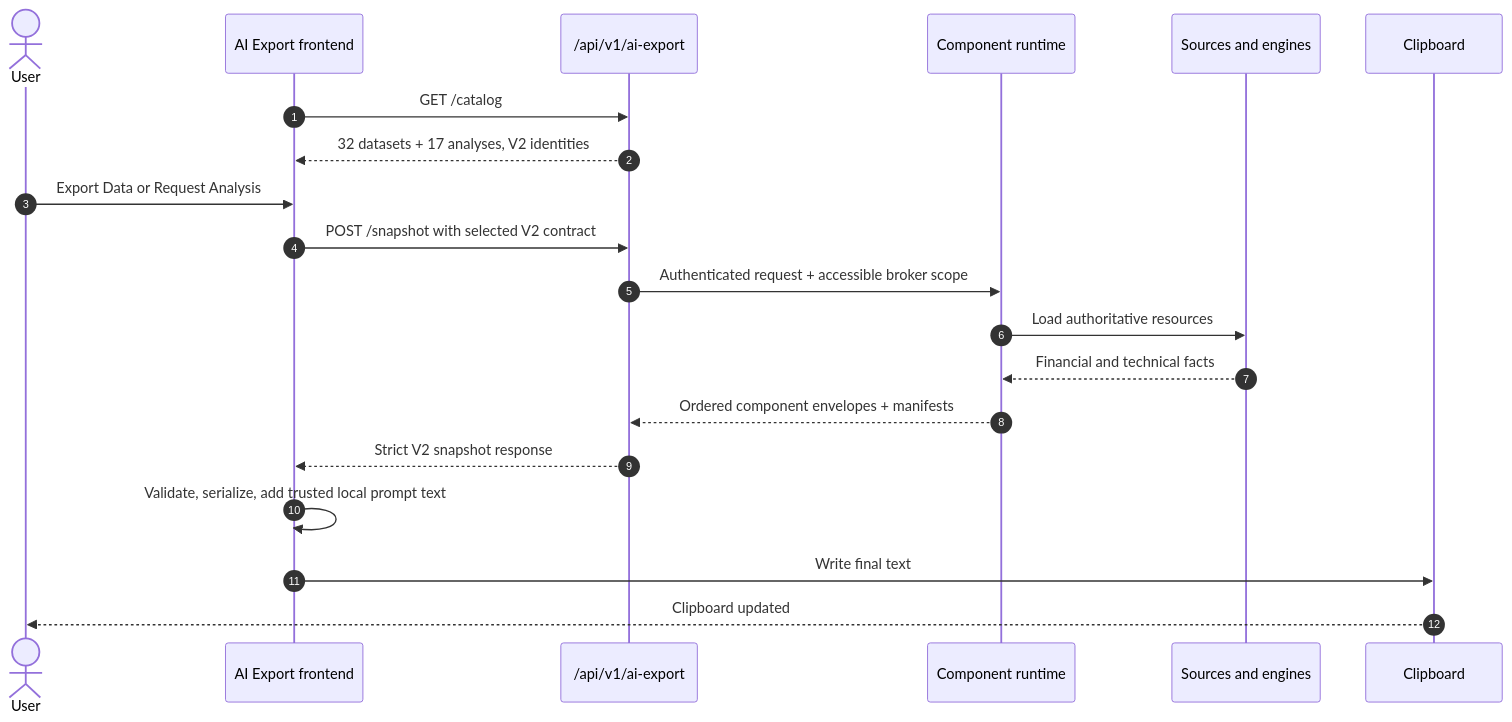
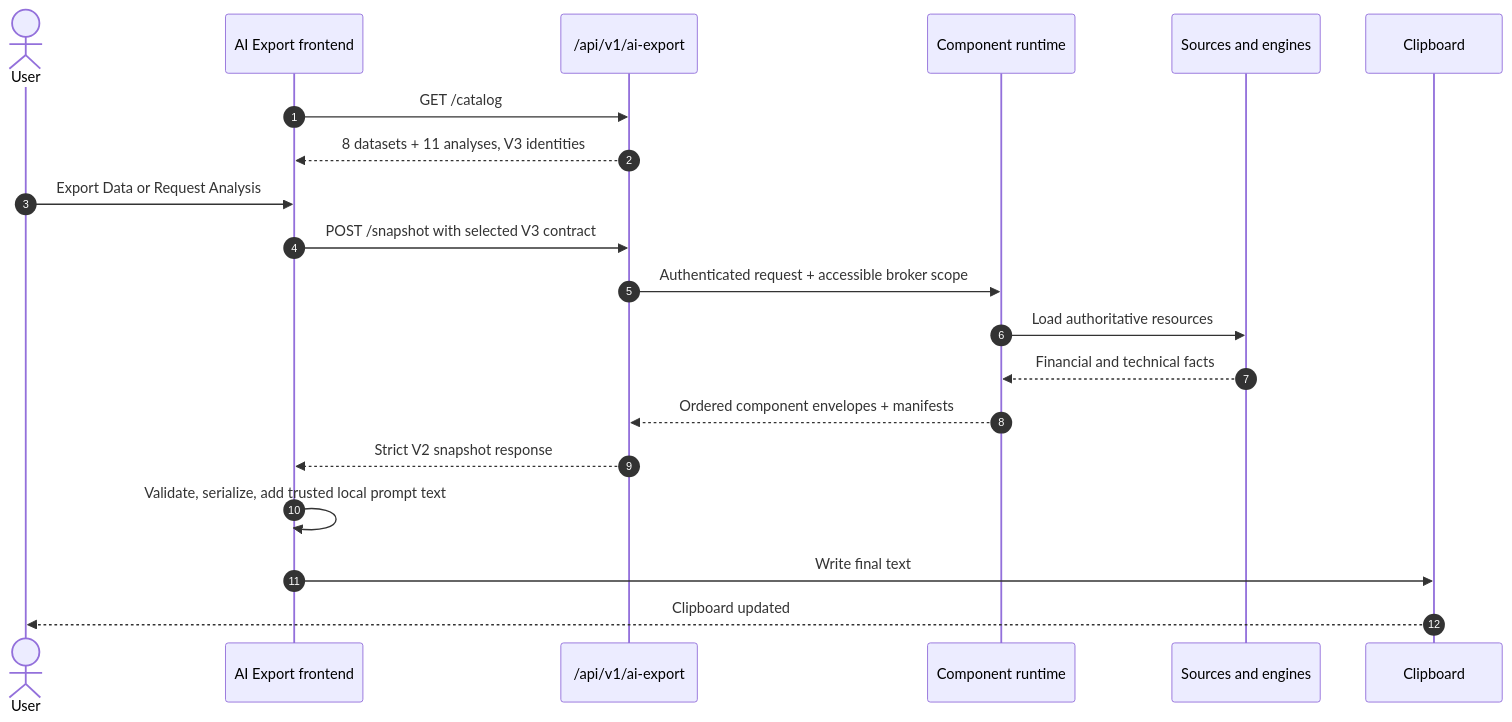
One commit to Librefolio/LibreFolio changed the second of 2 diagrams in mkdocs_src/docs/developer/architecture/patterns/ai_export_snapshot.md. Above: the diagram before and after it, drawn with Mermaid. The commit also changed other lines of this file and 232 other files, not shown here.

````diff
--- a/mkdocs_src/docs/developer/architecture/patterns/ai_export_snapshot.md
+++ b/mkdocs_src/docs/developer/architecture/patterns/ai_export_snapshot.md
@@ -46,23 +44,23 @@
 ```mermaid
 sequenceDiagram
     autonumber
     actor U as User
     participant F as AI Export frontend
     participant A as /api/v1/ai-export
     participant R as Component runtime
     participant S as Sources and engines
     participant C as Clipboard
 
     F->>A: GET /catalog
-    A-->>F: 32 datasets + 17 analyses, V2 identities
+    A-->>F: 8 datasets + 11 analyses, V3 identities
     U->>F: Export Data or Request Analysis
-    F->>A: POST /snapshot with selected V2 contract
+    F->>A: POST /snapshot with selected V3 contract
     A->>R: Authenticated request + accessible broker scope
     R->>S: Load authoritative resources
     S-->>R: Financial and technical facts
     R-->>A: Ordered component envelopes + manifests
     A-->>F: Strict V2 snapshot response
     F->>F: Validate, serialize, add trusted local prompt text
     F->>C: Write final text
     C-->>U: Clipboard updated
 ```
````
